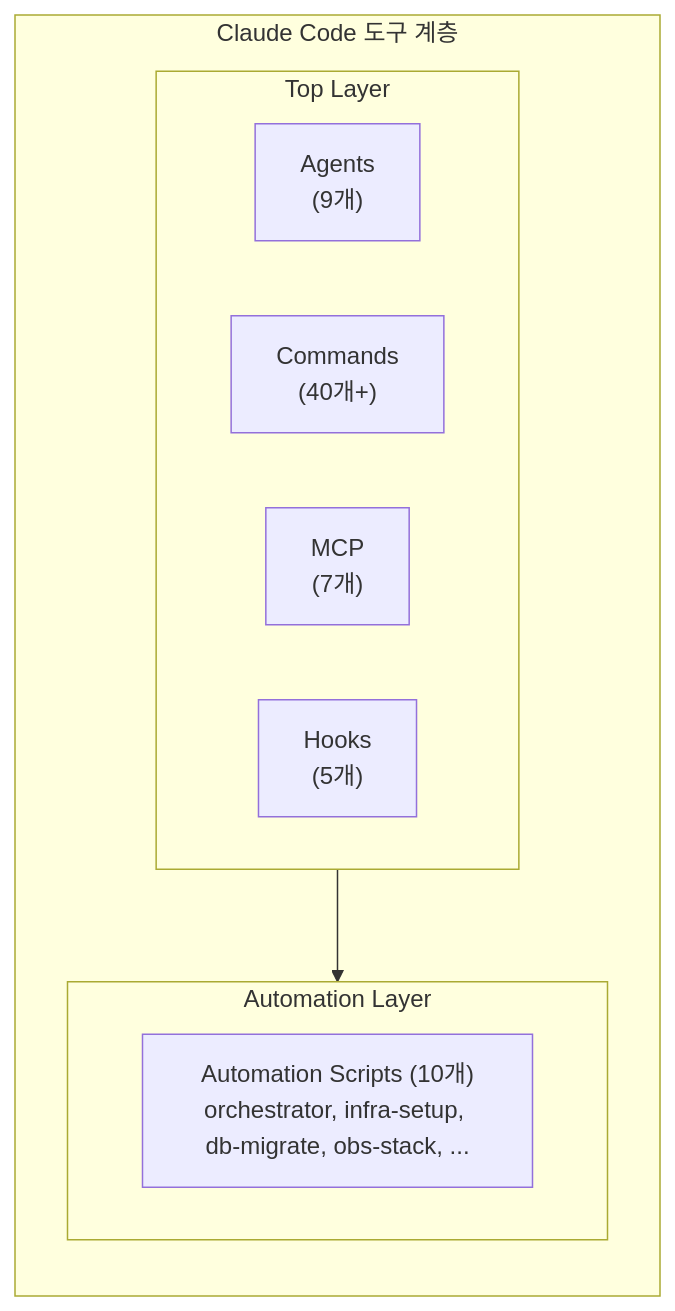
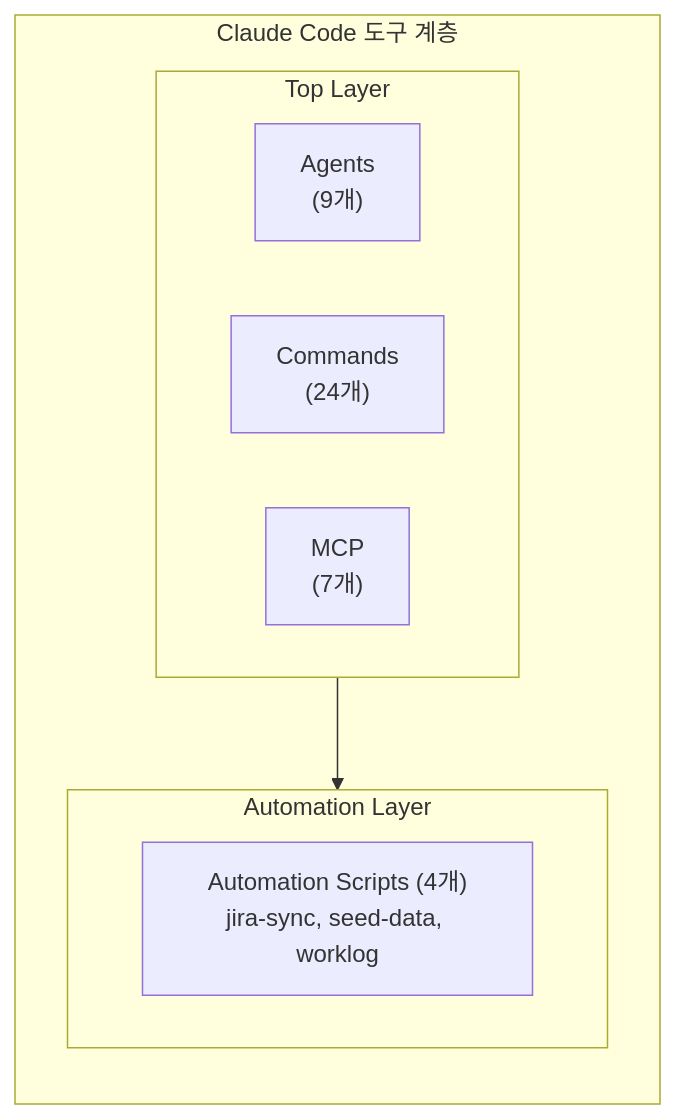
The diagram in docs/03_도구_가이드.md (k82022603/hybrid-rag-knowledge-ops), drawn with Mermaid before and after one commit. The commit also changed other lines of this file, not shown here.

````diff
--- a/docs/03_도구_가이드.md
+++ b/docs/03_도구_가이드.md
@@ -30,20 +30,19 @@
 ```mermaid
 flowchart TB
     subgraph Tools["Claude Code 도구 계층"]
         direction TB
 
         subgraph TopLayer["Top Layer"]
             direction LR
             Agents["Agents<br/>(9개)"]
-            Commands["Commands<br/>(40개+)"]
+            Commands["Commands<br/>(24개)"]
             MCP["MCP<br/>(7개)"]
-            Hooks["Hooks<br/>(5개)"]
         end
 
         subgraph AutoLayer["Automation Layer"]
-            Scripts["Automation Scripts (10개)<br/>orchestrator, infra-setup, db-migrate, obs-stack, ..."]
+            Scripts["Automation Scripts (4개)<br/>jira-sync, seed-data, worklog"]
         end
 
         TopLayer --> AutoLayer
     end
 ```
````
